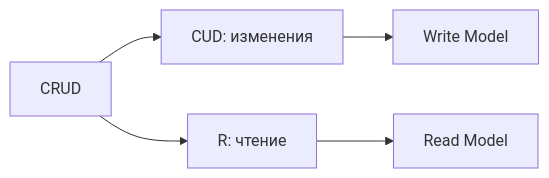
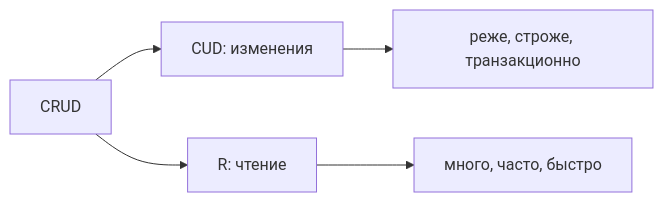
Diagram 11 of 19 in lectures/Lec13/vitepress.md (Kert0n/KPO), drawn with Mermaid before and after one commit. The commit also changed other lines of this file and 9 other files, not shown here.

````diff
--- a/lectures/Lec13/vitepress.md
+++ b/lectures/Lec13/vitepress.md
@@ -713,7 +937,7 @@
 ```mermaid
 flowchart LR
-    CRUD[CRUD] --> CUD[CUD: изменения]
-    CRUD --> R[R: чтение]
-    CUD --> WriteModel[Write Model]
-    R --> ReadModel[Read Model]
+    CRUD["CRUD"] --> CUD["CUD: изменения"]
+    CRUD --> R["R: чтение"]
+    R --> Many["много, часто, быстро"]
+    CUD --> Few["реже, строже, транзакционно"]
 ```
````
